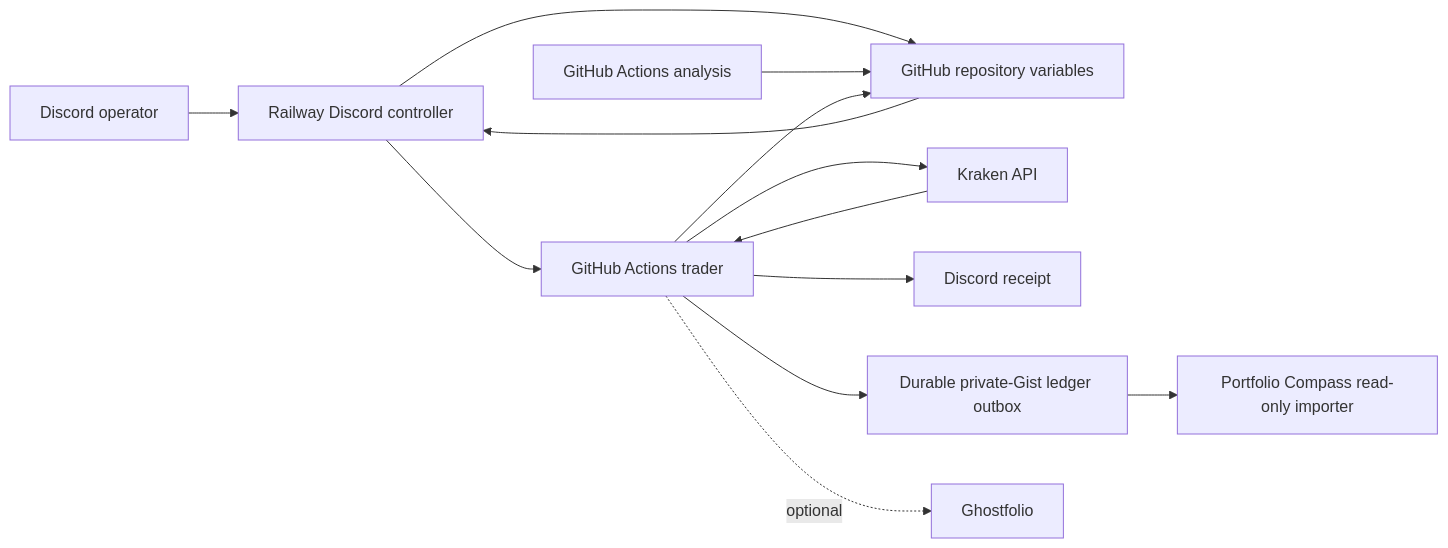
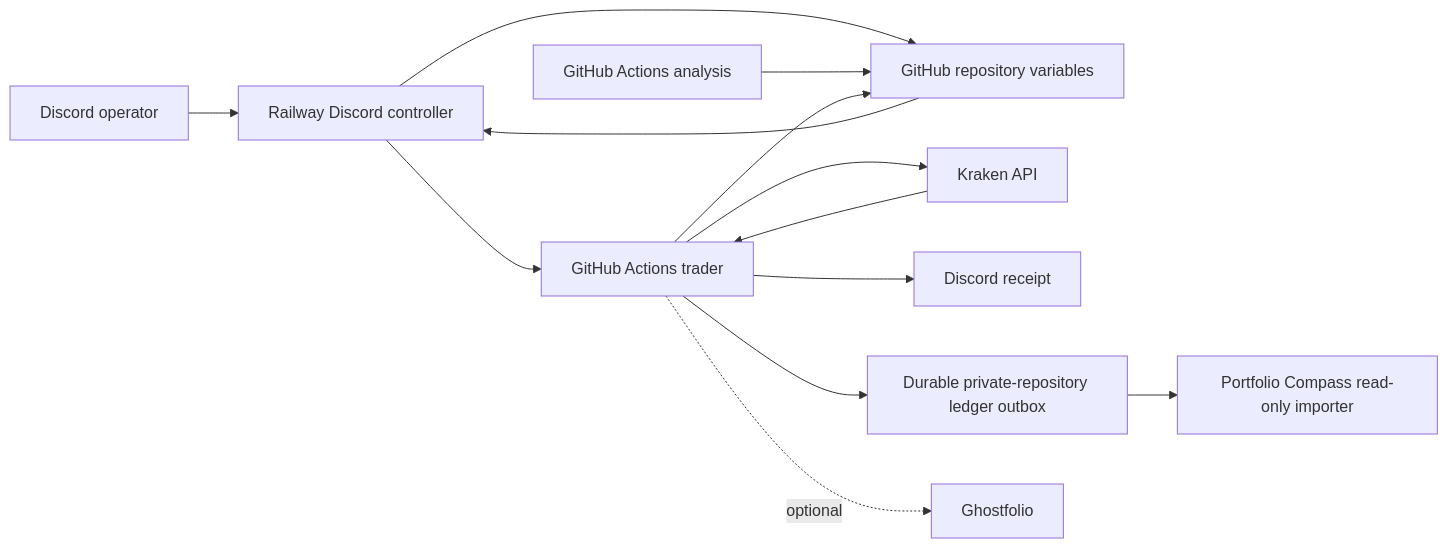
The second of 2 diagrams in README.md (aesscialo-bot/DCA-Bot), drawn with Mermaid before and after one commit. The commit also changed other lines of this file and 24 other files, not shown here.

Commit message:
Cut over portfolio ledger to private repository (#18)

````diff
--- a/README.md
+++ b/README.md
@@ -155,15 +155,15 @@
 ```mermaid
 flowchart LR
     U["Discord operator"] --> R["Railway Discord controller"]
     R --> V["GitHub repository variables"]
     A["GitHub Actions analysis"] --> V
     V --> R
     R --> T["GitHub Actions trader"]
     T --> K["Kraken API"]
     K --> T
     T --> V
     T --> D["Discord receipt"]
-    T --> L["Durable private-Gist ledger outbox"]
+    T --> L["Durable private-repository ledger outbox"]
     L --> P["Portfolio Compass read-only importer"]
     T -. "optional" .-> G["Ghostfolio"]
 ```
````
